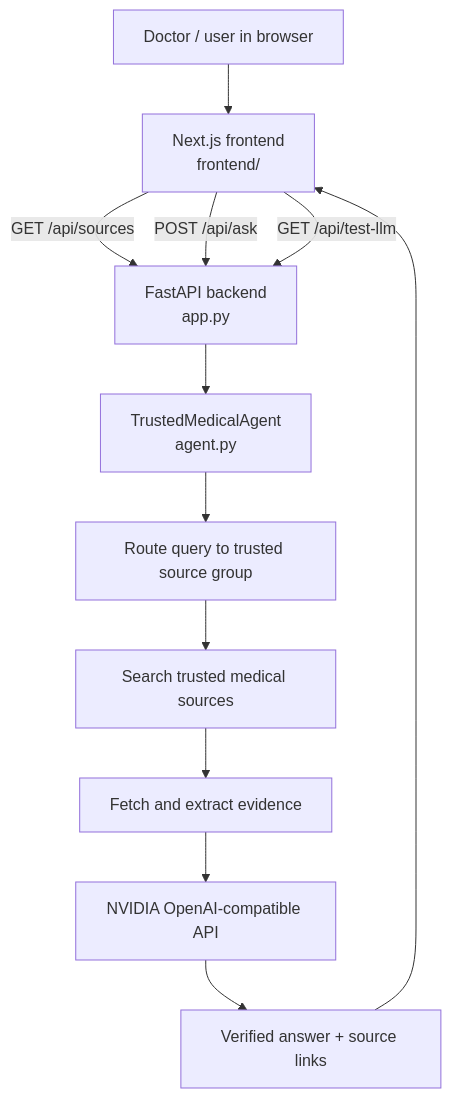
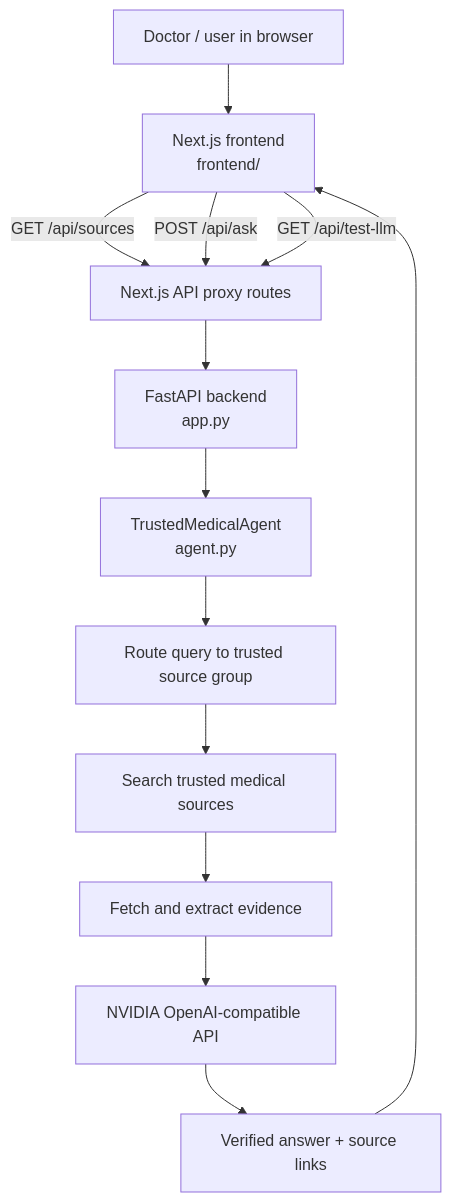
One commit to a1official/medical_agent changed the first of 2 diagrams in README.md. Above: the diagram before and after it, drawn with Mermaid. The commit also changed other lines of this file and 5 other files, not shown here.

Commit message:
Proxy frontend API through Next routes

````diff
--- a/README.md
+++ b/README.md
@@ -27,14 +28,15 @@
 ```mermaid
 flowchart TD
     U[Doctor / user in browser] --> F[Next.js frontend<br/>frontend/]
-    F -->|GET /api/sources| B[FastAPI backend<br/>app.py]
-    F -->|POST /api/ask| B
-    F -->|GET /api/test-llm| B
+    F -->|GET /api/sources| P[Next.js API proxy routes]
+    F -->|POST /api/ask| P
+    F -->|GET /api/test-llm| P
+    P --> B[FastAPI backend<br/>app.py]
     B --> A[TrustedMedicalAgent<br/>agent.py]
     A --> R[Route query to trusted source group]
     R --> S[Search trusted medical sources]
     S --> E[Fetch and extract evidence]
     E --> L[NVIDIA OpenAI-compatible API]
     L --> O[Verified answer + source links]
     O --> F
 ```
````
